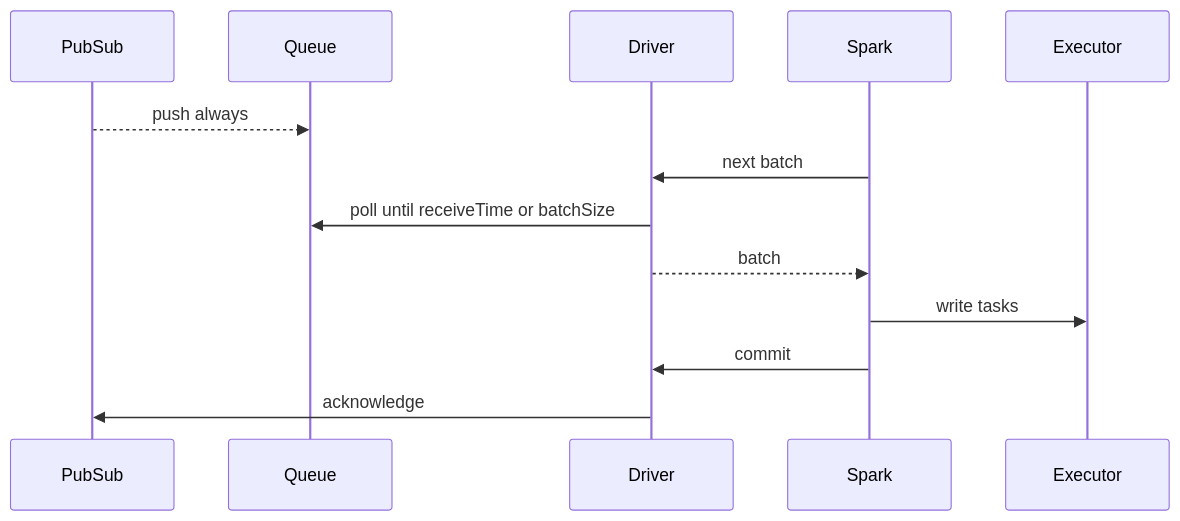
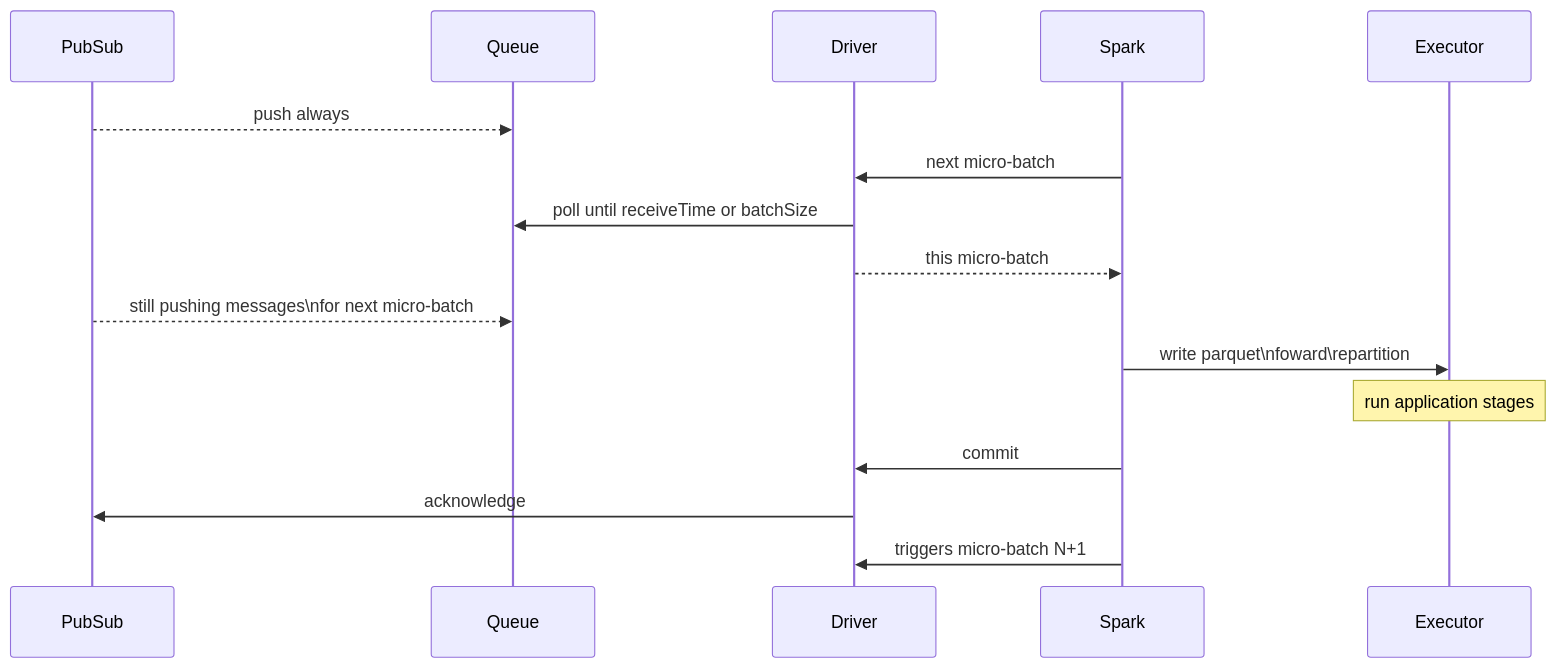
Before and after one commit to juarezr/spark-streaming-google-pubsub: the first of 2 diagrams in README.md, drawn with Mermaid. The commit also changed other lines of this file, not shown here.

Commit message:
fix: clarify terminology in README regarding micro-batch processing and receiveTime adjustments

````diff
--- a/README.md
+++ b/README.md
@@ -163,15 +164,18 @@
 ```mermaid
 sequenceDiagram
   participant PubSub
   participant Queue
   participant Driver
   participant Spark
   participant Executor
   PubSub-->>Queue: push always
-  Spark->>Driver: next batch
+  Spark->>Driver: next micro-batch
   Driver->>Queue: poll until receiveTime or batchSize
-  Driver-->>Spark: batch
-  Spark->>Executor: write tasks
+  Driver-->>Spark: this micro-batch
+  PubSub-->>Queue: still pushing messages\nfor next micro-batch
+  Spark->>Executor: write parquet\nfoward\repartition
+  Note over Executor: run application stages
   Spark->>Driver: commit
   Driver->>PubSub: acknowledge
+  Spark->>Driver: triggers micro-batch N+1
 ```
````
